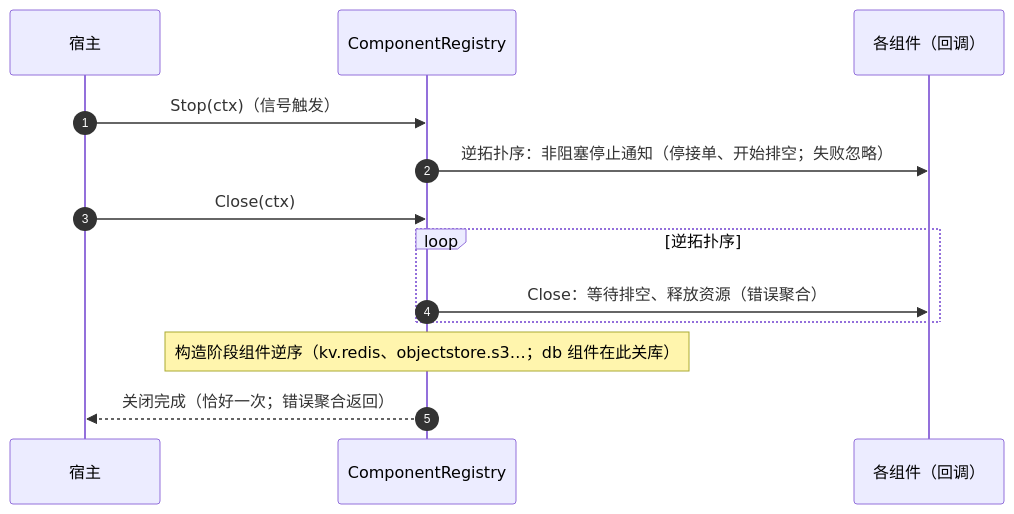
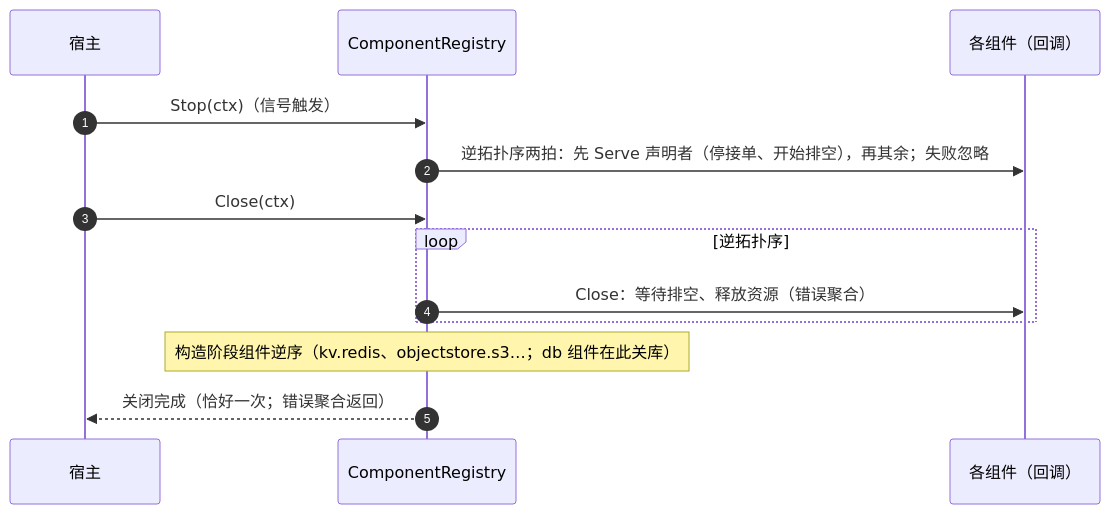
Before and after one commit to vislake/speed: the fifth of 6 diagrams in docs/internal/29-config-driven-component-assembly.md, drawn with Mermaid. The commit also changed other lines of this file and 32 other files, not shown here.

````diff
--- a/docs/internal/29-config-driven-component-assembly.md
+++ b/docs/internal/29-config-driven-component-assembly.md
@@ -328,16 +340,16 @@
 ```mermaid
 sequenceDiagram
     autonumber
     participant H as 宿主
     participant R as ComponentRegistry
     participant P as 各组件（回调）
 
     H->>R: Stop(ctx)（信号触发）
-    R->>P: 逆拓扑序：非阻塞停止通知（停接单、开始排空；失败忽略）
+    R->>P: 逆拓扑序两拍：先 Serve 声明者（停接单、开始排空），再其余；失败忽略
     H->>R: Close(ctx)
     loop 逆拓扑序
         R->>P: Close：等待排空、释放资源（错误聚合）
     end
     Note over R: 构造阶段组件逆序（kv.redis、objectstore.s3…；db 组件在此关库）
     R-->>H: 关闭完成（恰好一次；错误聚合返回）
 ```
````
